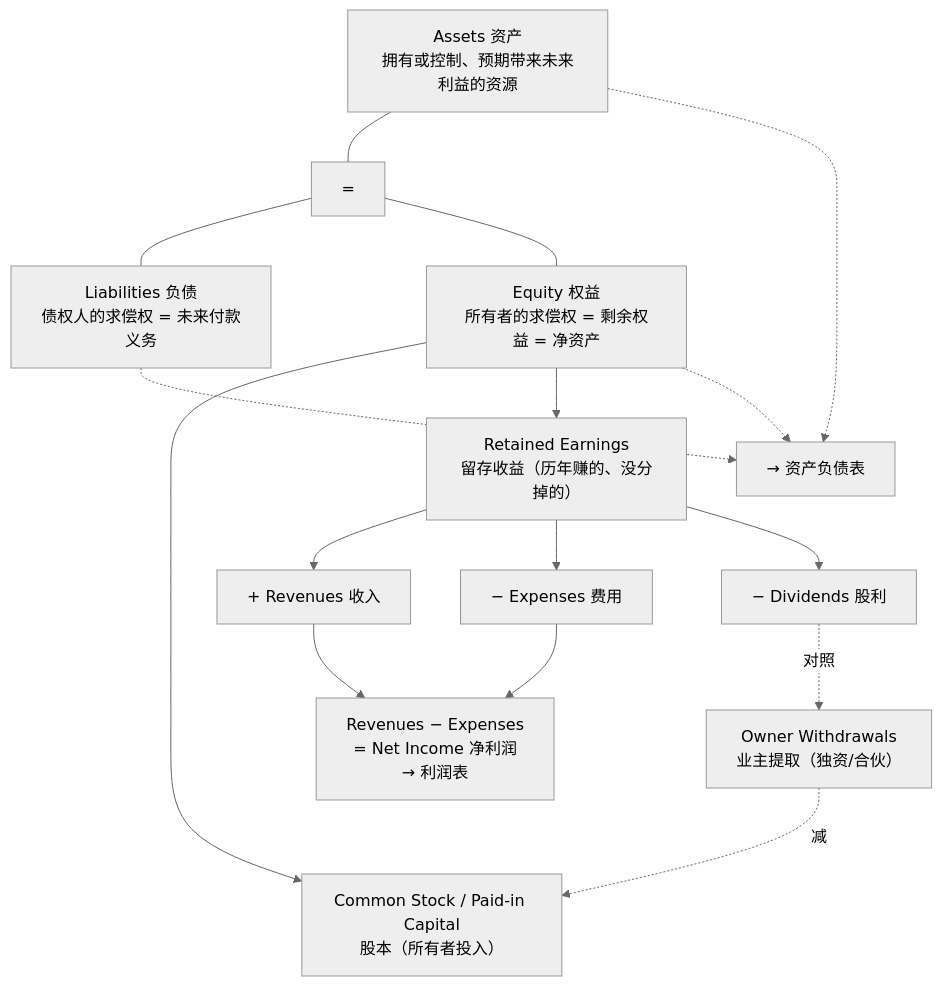
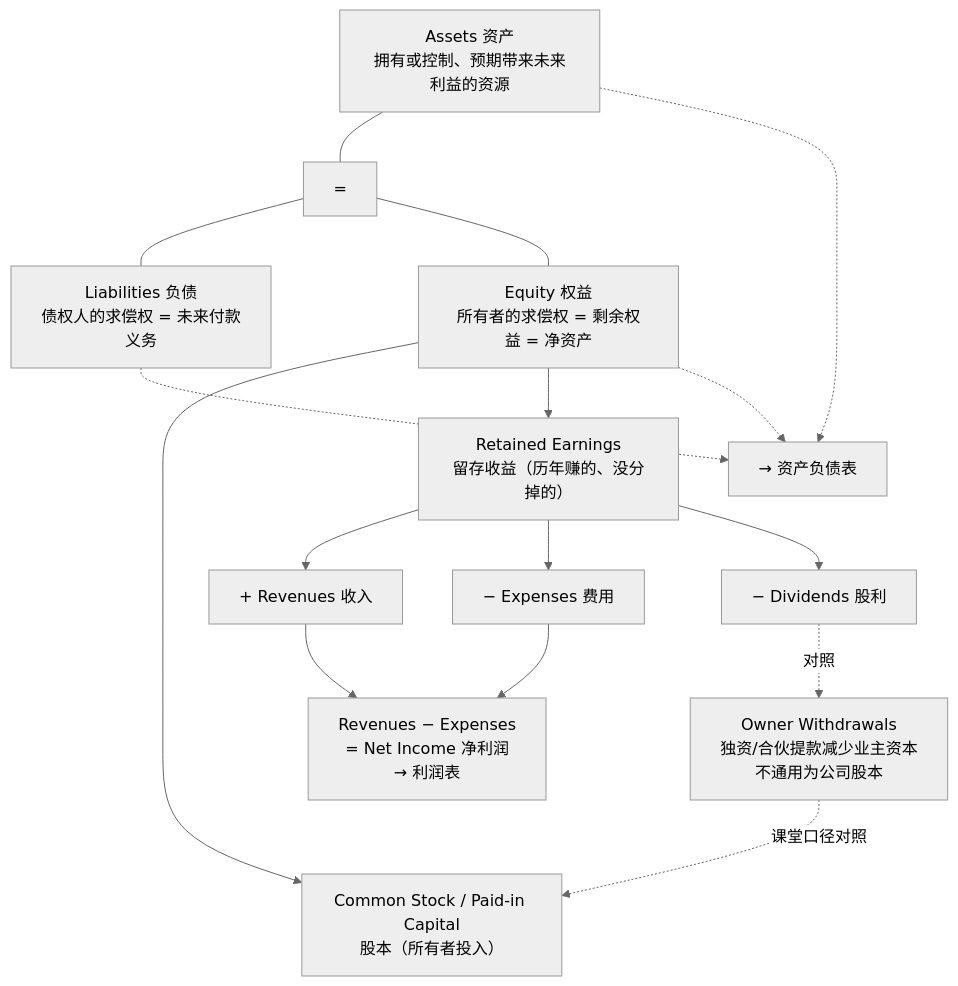
One commit to CercaTrovato/cityu-ai-course-notes changed the ninth of 10 diagrams in AC6761_Artificial_Intelligence_Accounting/notes/M01-会计与商业.md. Above: the diagram before and after it, drawn with Mermaid (neutral theme). The commit also changed other lines of this file and 116 other files, not shown here.

````diff
--- a/AC6761_Artificial_Intelligence_Accounting/notes/M01-会计与商业.md
+++ b/AC6761_Artificial_Intelligence_Accounting/notes/M01-会计与商业.md
@@ -1590,24 +1846,24 @@
 ```mermaid
 flowchart TD
     A["Assets 资产<br/>拥有或控制、预期带来未来利益的资源"]
     EQ["="]
     L["Liabilities 负债<br/>债权人的求偿权 = 未来付款义务"]
     E["Equity 权益<br/>所有者的求偿权 = 剩余权益 = 净资产"]
     A --- EQ
     EQ --- L
     EQ --- E
 
     E --> CS["Common Stock / Paid-in Capital<br/>股本（所有者投入）"]
     E --> RE["Retained Earnings<br/>留存收益（历年赚的、没分掉的）"]
     RE --> REV["+ Revenues 收入"]
     RE --> EXP["− Expenses 费用"]
     RE --> DIV["− Dividends 股利"]
     REV --> NI["Revenues − Expenses<br/>= Net Income 净利润<br/>→ 利润表"]
     EXP --> NI
     A -.-> BS["→ 资产负债表"]
     L -.-> BS
     E -.-> BS
 
-    W["Owner Withdrawals<br/>业主提取（独资/合伙）"] -.减.-> CS
+    W["Owner Withdrawals<br/>独资/合伙提款减少业主资本<br/>不通用为公司股本"] -.课堂口径对照.-> CS
     DIV -.对照.-> W
 ```
````
